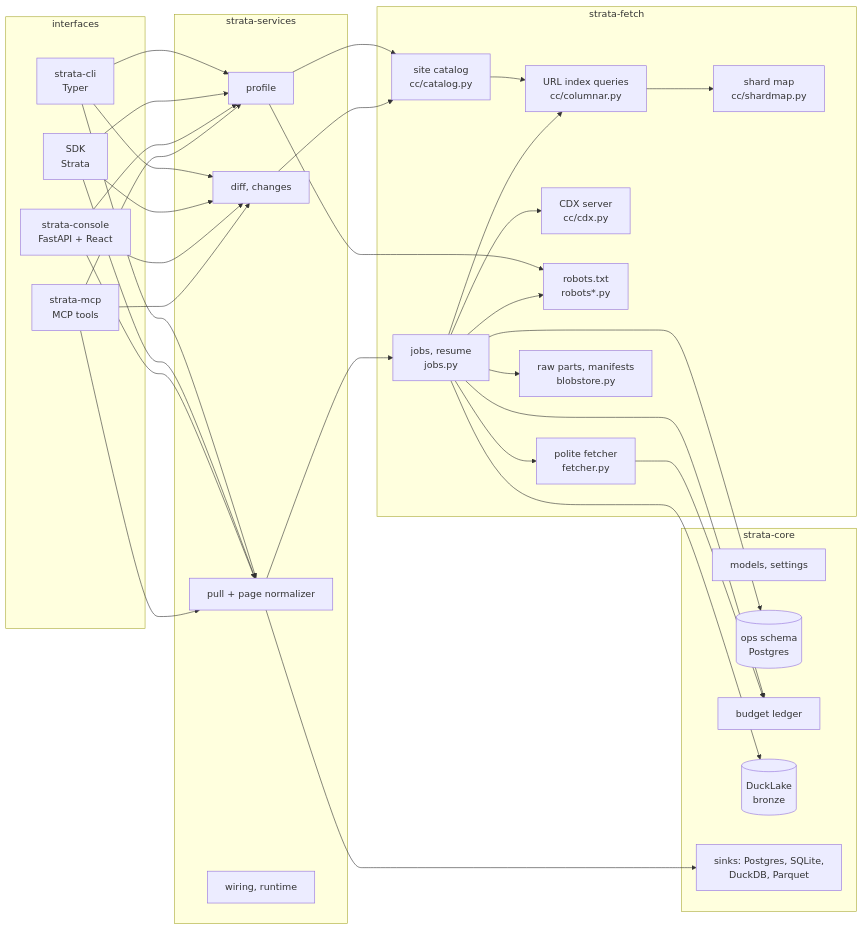
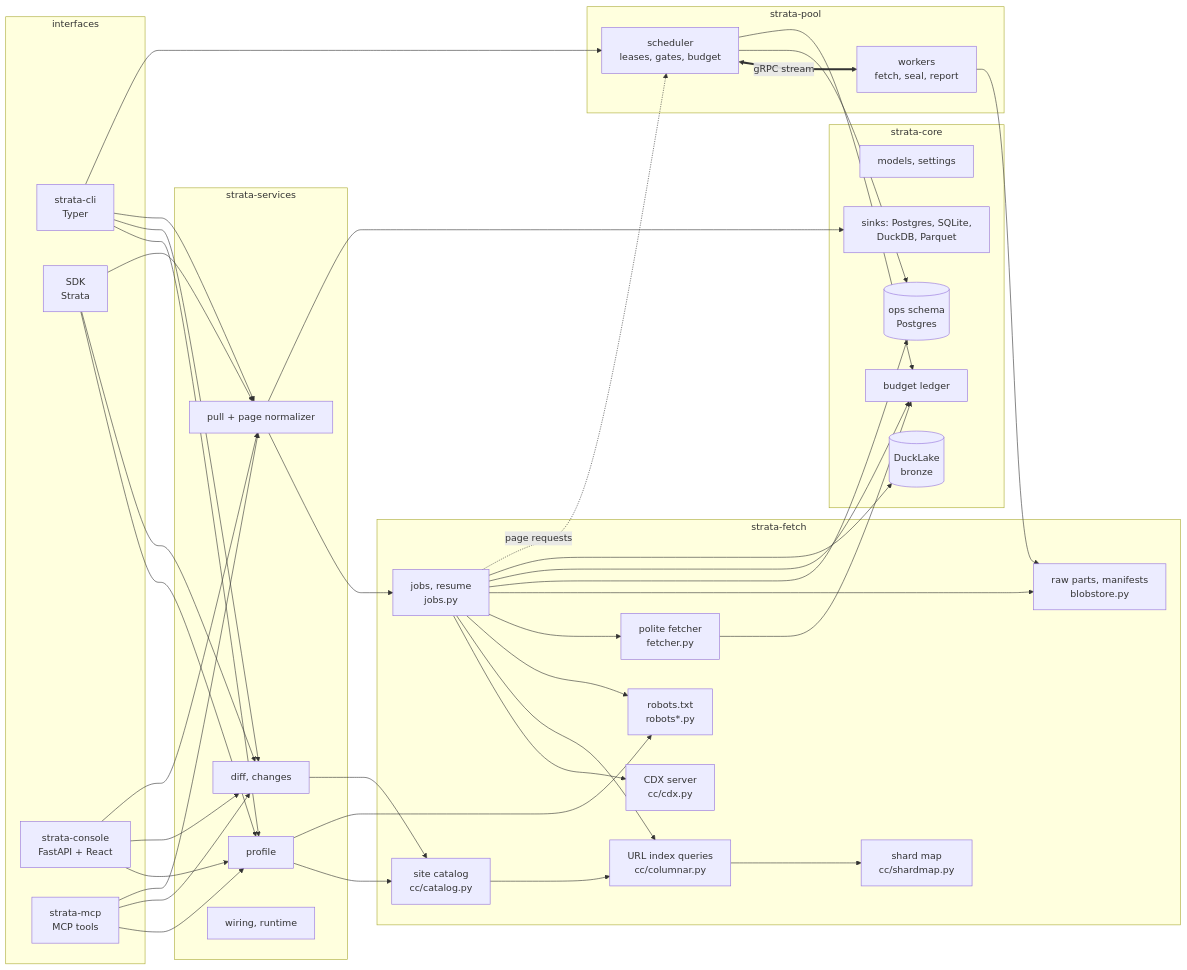
The diagram in docs/architecture.md (salmaelhanchi/strata), drawn with Mermaid before and after one commit. The commit also changed other lines of this file and 34 other files, not shown here.

First line of the commit message:
S6: a fetch pool, so a job's page requests survive a killed worker

````diff
--- a/docs/architecture.md
+++ b/docs/architecture.md
@@ -9,39 +9,48 @@
 ```mermaid
 flowchart LR
   subgraph interfaces
     CLI[strata-cli<br/>Typer]
     SDK[SDK<br/>Strata]
     CON[strata-console<br/>FastAPI + React]
     MCP[strata-mcp<br/>MCP tools]
+  end
+  subgraph strata-pool
+    SCHED[scheduler<br/>leases, gates, budget]
+    WORK[workers<br/>fetch, seal, report]
   end
   subgraph strata-services
     PROFILE[profile]
     CHANGES[diff, changes]
     PULL[pull + page normalizer]
     WIRING[wiring, runtime]
   end
   subgraph strata-fetch
     CAT[site catalog<br/>cc/catalog.py]
     COL[URL index queries<br/>cc/columnar.py]
     CDX[CDX server<br/>cc/cdx.py]
     MAP[shard map<br/>cc/shardmap.py]
     ROB[robots.txt<br/>robots*.py]
     FETCH[polite fetcher<br/>fetcher.py]
     JOBS[jobs, resume<br/>jobs.py]
     STORE[raw parts, manifests<br/>blobstore.py]
   end
   subgraph strata-core
     MODELS[models, settings]
     OPS[(ops schema<br/>Postgres)]
     LEDGER[budget ledger]
     LAKE[(DuckLake<br/>bronze)]
     SINKS[sinks: Postgres, SQLite,<br/>DuckDB, Parquet]
   end
   CLI & SDK & CON & MCP --> PROFILE & CHANGES & PULL
   PROFILE --> CAT & ROB
   CHANGES --> CAT
   PULL --> JOBS & SINKS
   CAT --> COL --> MAP
   JOBS --> CDX & COL & ROB & FETCH & STORE & OPS & LEDGER & LAKE
   FETCH --> LEDGER
+  CLI --> SCHED
+  JOBS -. page requests .-> SCHED
+  SCHED <== gRPC stream ==> WORK
+  SCHED --> OPS & LEDGER
+  WORK --> STORE
 ```
````
